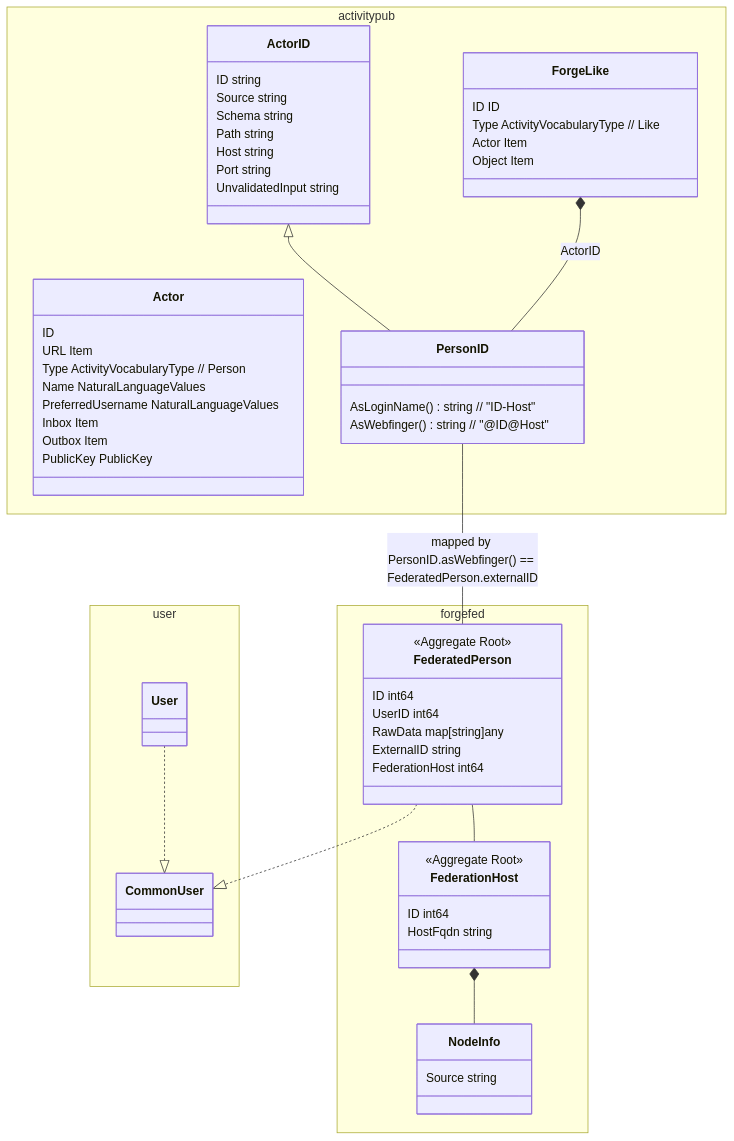
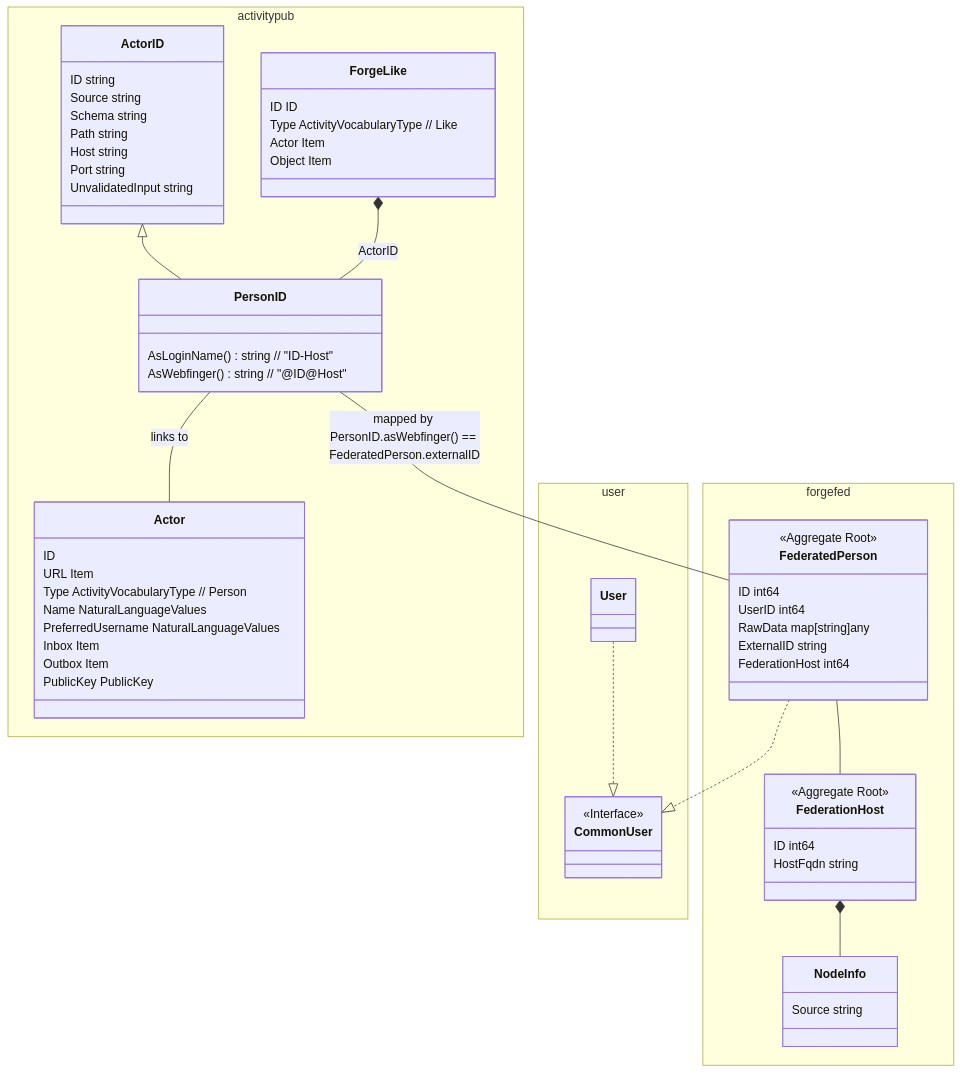
The fourth of 4 diagrams in docs/unsure-where-to-put/adr-map-federated-person.md (yonasBSD/forgejo), drawn with Mermaid before and after one commit. The commit also changed other lines of this file, not shown here.

````diff
--- a/docs/unsure-where-to-put/adr-map-federated-person.md
+++ b/docs/unsure-where-to-put/adr-map-federated-person.md
@@ -296,72 +313,73 @@
 ```mermaid
 classDiagram
   namespace activitypub {
     class ForgeLike {
       ID ID
       Type ActivityVocabularyType // Like
       Actor Item
       Object Item
     }
     class Actor {
       ID
       URL Item
       Type ActivityVocabularyType // Person
       Name NaturalLanguageValues
       PreferredUsername NaturalLanguageValues
       Inbox Item
       Outbox Item
       PublicKey PublicKey
     }
     class ActorID {
       ID               string
       Source           string
       Schema           string
       Path             string
       Host             string
       Port             string
       UnvalidatedInput string
     }
     class PersonID {
       AsLoginName() string // "ID-Host"
       AsWebfinger() string // "@ID@Host"
     }
   }
 
   ActorID <|-- PersonID
   ForgeLike *-- PersonID: ActorID
+  PersonID -- Actor: links to
 
   namespace user {
     class CommonUser {
-
+      <<Interface>>
     }
     class User {
       
     }    
   }
   User ..<| CommonUser 
   
   namespace forgefed {
     class FederatedPerson {
       <<Aggregate Root>>
       ID         int64
       UserID     int64
       RawData    map[string]any
       ExternalID   string
       FederationHost int64
     }
     
     class FederationHost {
       <<Aggregate Root>>
       ID int64
       HostFqdn string
     }
 
     class NodeInfo {
       Source string
     }
   }
   PersonID -- FederatedPerson : mapped by PersonID.asWebfinger() == FederatedPerson.externalID
   FederationHost *-- NodeInfo
   FederatedPerson -- FederationHost
   FederatedPerson ..<| CommonUser  
 ```
````
